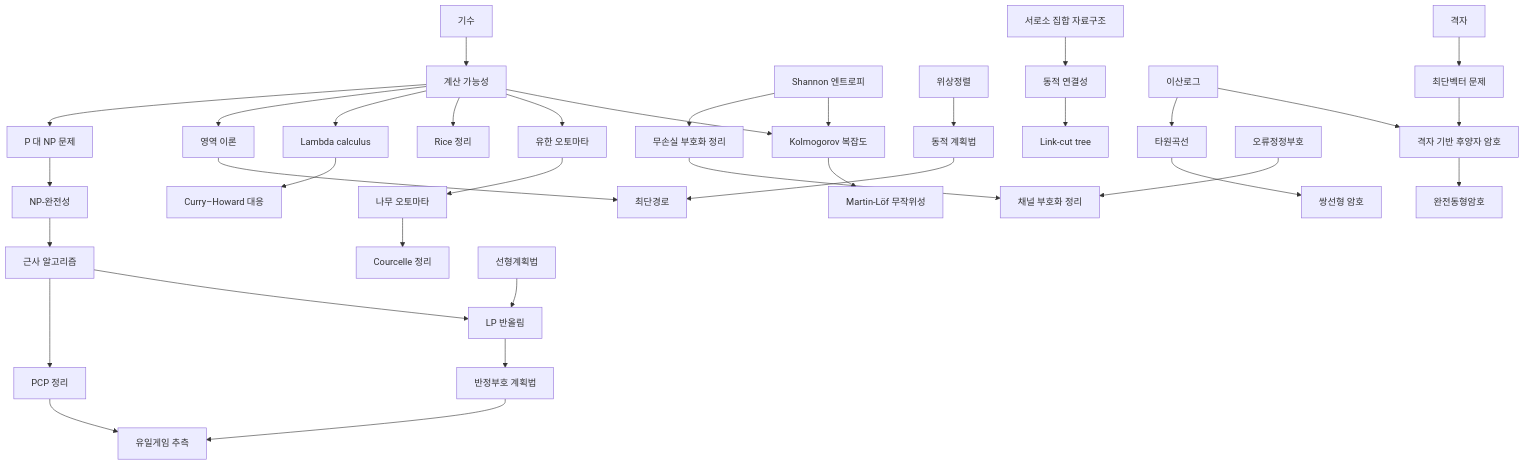
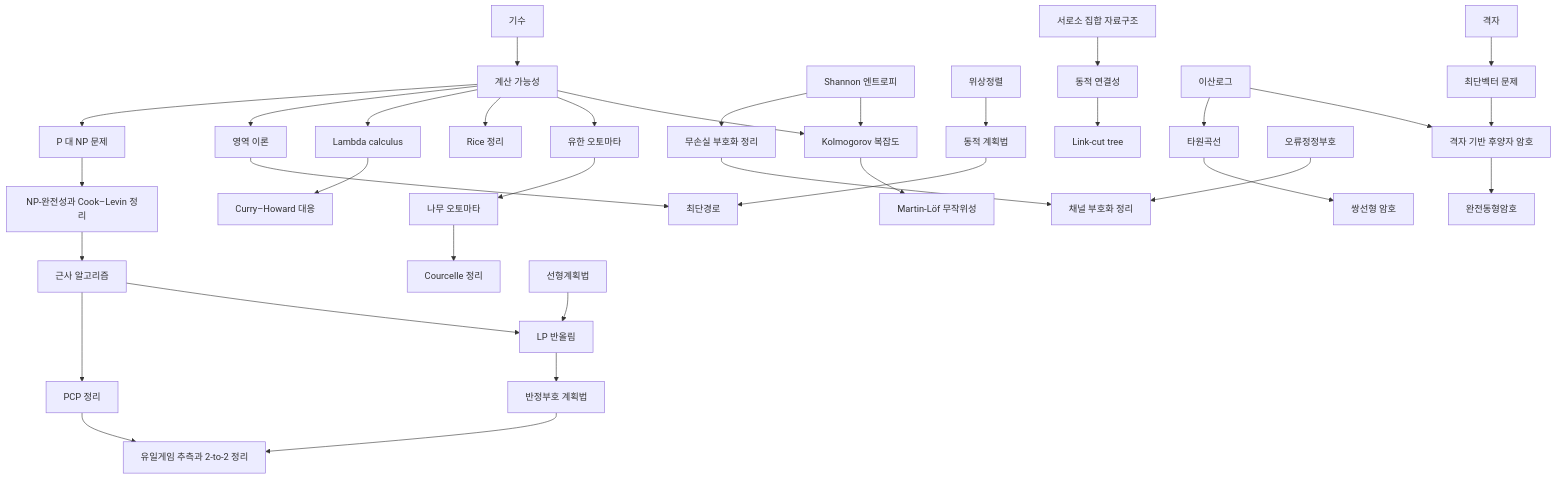
The diagram in docs/computation-overview.md (Phryxia/math-map), drawn with Mermaid before and after one commit. The commit also changed 8 other files, not shown here.

````diff
--- a/docs/computation-overview.md
+++ b/docs/computation-overview.md
@@ -13,37 +13,37 @@
 ```mermaid
 graph TD
   CA["기수"] --> CB["계산 가능성"]
   CB --> KC["Kolmogorov 복잡도"]
   EN["Shannon 엔트로피"] --> KC
   KC --> MLR["Martin-Löf 무작위성"]
   CB --> FA["유한 오토마타"]
   FA --> TA["나무 오토마타"]
   TA --> CT["Courcelle 정리"]
   CB --> RT["Rice 정리"]
   CB --> LC["Lambda calculus"]
   CB --> DT["영역 이론"]
   LC --> CH["Curry–Howard 대응"]
   CB --> PN["P 대 NP 문제"]
-  PN --> NPC["NP-완전성"]
+  PN --> NPC["NP-완전성과 Cook–Levin 정리"]
   NPC --> AA["근사 알고리즘"]
   AA --> LPR["LP 반올림"]
   AA --> PCP["PCP 정리"]
-  PCP --> UG["유일게임 추측"]
+  PCP --> UG["유일게임 추측과 2-to-2 정리"]
   LP["선형계획법"] --> LPR
   LPR --> SDP["반정부호 계획법"]
   SDP --> UG
   TS["위상정렬"] --> DP["동적 계획법"]
   DP --> SP["최단경로"]
   DT --> SP
   UF["서로소 집합 자료구조"] --> DC["동적 연결성"]
   DC --> LCT["Link-cut tree"]
   DL["이산로그"] --> PQ["격자 기반 후양자 암호"]
   LA["격자"] --> SVP["최단벡터 문제"]
   SVP --> PQ
   PQ --> HE["완전동형암호"]
   DL --> EC["타원곡선"]
   EC --> PBC["쌍선형 암호"]
   ECC["오류정정부호"] --> CC["채널 부호화 정리"]
   EN --> SC["무손실 부호화 정리"]
   SC --> CC
 ```
````
